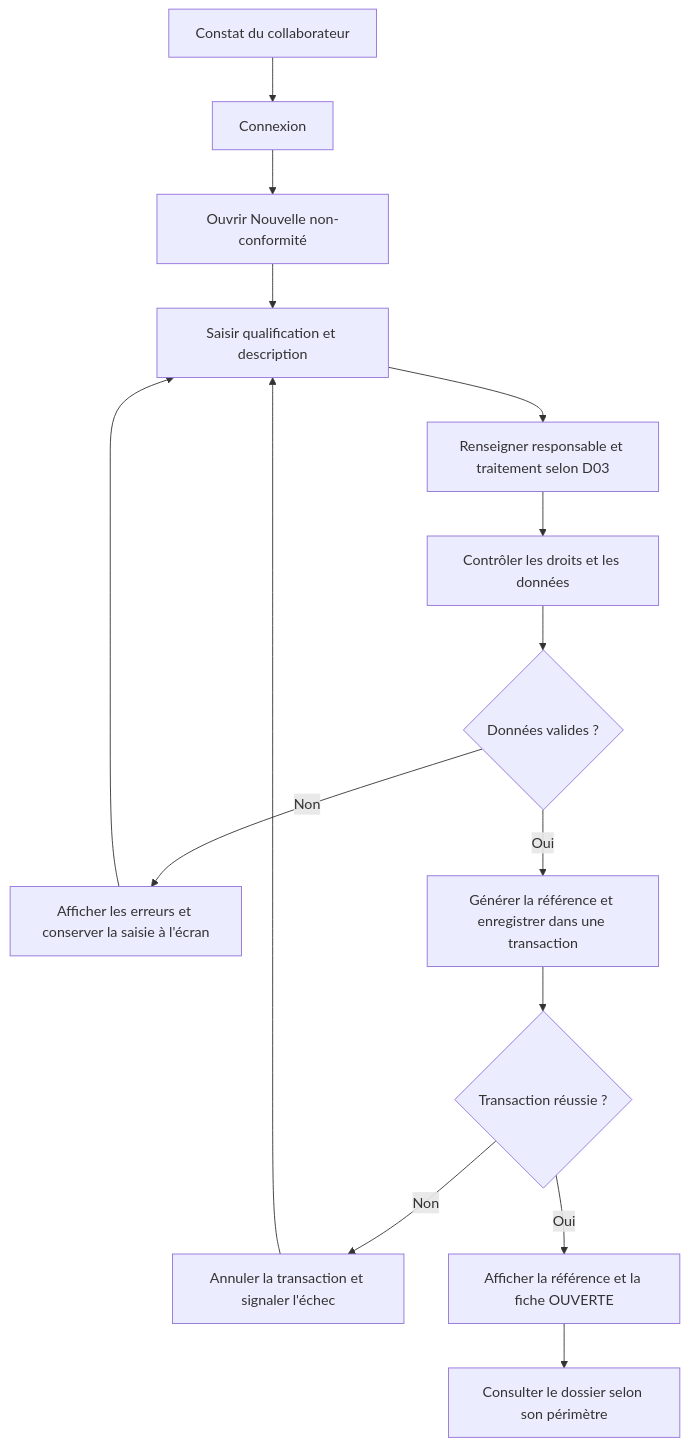
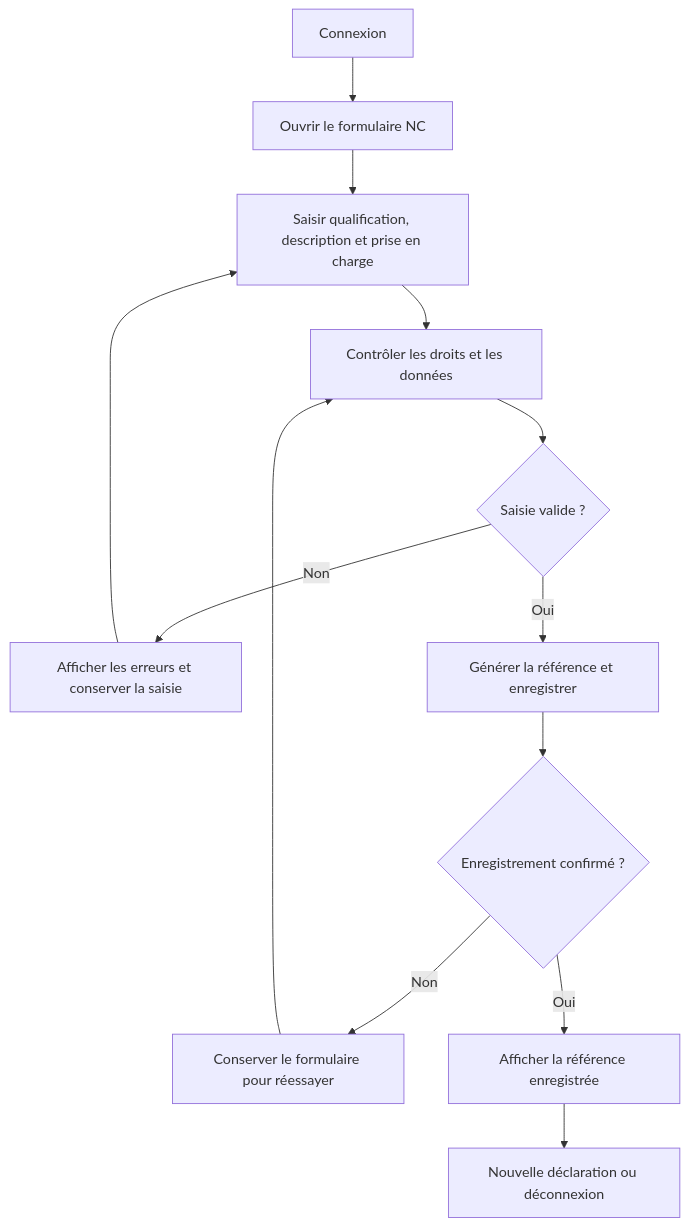
Before and after one commit to aymanelhamri/anrt-non-conformity-management: the diagram in docs/conception/02-processus-non-conformite.md, drawn with Mermaid. The commit also changed other lines of this file and 27 other files, not shown here.

````diff
--- a/docs/conception/02-processus-non-conformite.md
+++ b/docs/conception/02-processus-non-conformite.md
@@ -22,17 +7,15 @@
 ```mermaid
 flowchart TD
-    A[Constat du collaborateur] --> B[Connexion]
-    B --> C[Ouvrir Nouvelle non-conformité]
-    C --> D[Saisir qualification et description]
-    D --> E[Renseigner responsable et traitement selon D03]
-    E --> F[Contrôler les droits et les données]
-    F --> G{Données valides ?}
-    G -- Non --> H[Afficher les erreurs et conserver la saisie à l'écran]
-    H --> D
-    G -- Oui --> I[Générer la référence et enregistrer dans une transaction]
-    I --> J{Transaction réussie ?}
-    J -- Non --> K[Annuler la transaction et signaler l'échec]
-    K --> D
-    J -- Oui --> L[Afficher la référence et la fiche OUVERTE]
-    L --> M[Consulter le dossier selon son périmètre]
+    A[Connexion] --> B[Ouvrir le formulaire NC]
+    B --> C[Saisir qualification, description et prise en charge]
+    C --> D[Contrôler les droits et les données]
+    D --> E{Saisie valide ?}
+    E -- Non --> F[Afficher les erreurs et conserver la saisie]
+    F --> C
+    E -- Oui --> G[Générer la référence et enregistrer]
+    G --> H{Enregistrement confirmé ?}
+    H -- Non --> I[Conserver le formulaire pour réessayer]
+    I --> D
+    H -- Oui --> J[Afficher la référence enregistrée]
+    J --> K[Nouvelle déclaration ou déconnexion]
 ```
````
